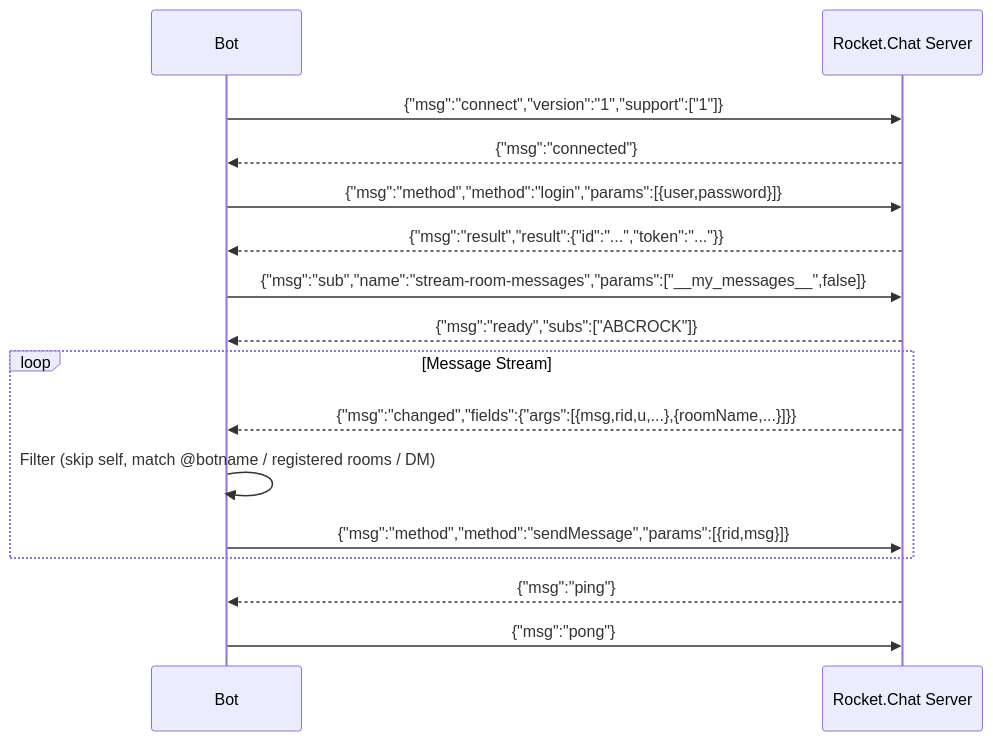
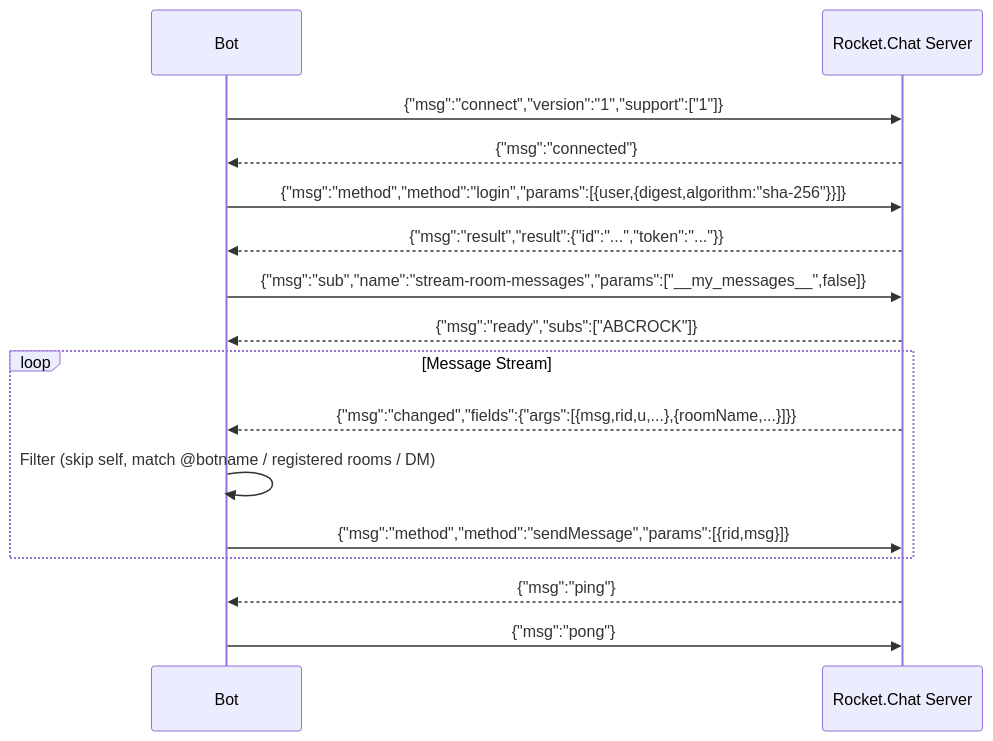
One commit to cosmoswafer/rockbot changed the first of 4 diagrams in _docs/rocketchat-client.md. Above: the diagram before and after it, drawn with Mermaid. The commit also changed other lines of this file, not shown here.

Commit message:
docs: restructure rocketchat client notes as architecture doc, drop bug-tracker sections

````diff
--- a/_docs/rocketchat-client.md
+++ b/_docs/rocketchat-client.md
@@ -21,21 +24,21 @@
 ```mermaid
 sequenceDiagram
     participant B as Bot
     participant RC as Rocket.Chat Server
 
     B->>RC: {"msg":"connect","version":"1","support":["1"]}
     RC-->>B: {"msg":"connected"}
-    B->>RC: {"msg":"method","method":"login","params":[{user,password}]}
+    B->>RC: {"msg":"method","method":"login","params":[{user,{digest,algorithm:"sha-256"}}]}
     RC-->>B: {"msg":"result","result":{"id":"...","token":"..."}}
     B->>RC: {"msg":"sub","name":"stream-room-messages","params":["__my_messages__",false]}
     RC-->>B: {"msg":"ready","subs":["ABCROCK"]}
 
     loop Message Stream
         RC-->>B: {"msg":"changed","fields":{"args":[{msg,rid,u,...},{roomName,...}]}}
         B->>B: Filter (skip self, match @botname / registered rooms / DM)
         B->>RC: {"msg":"method","method":"sendMessage","params":[{rid,msg}]}
     end
 
     RC-->>B: {"msg":"ping"}
     B->>RC: {"msg":"pong"}
 ```
````
